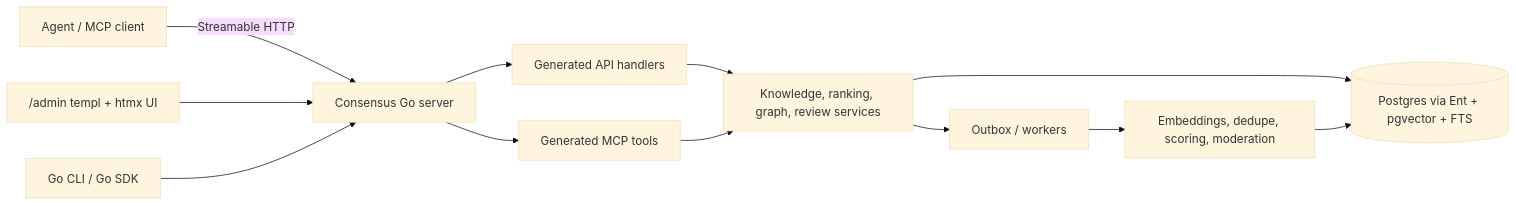
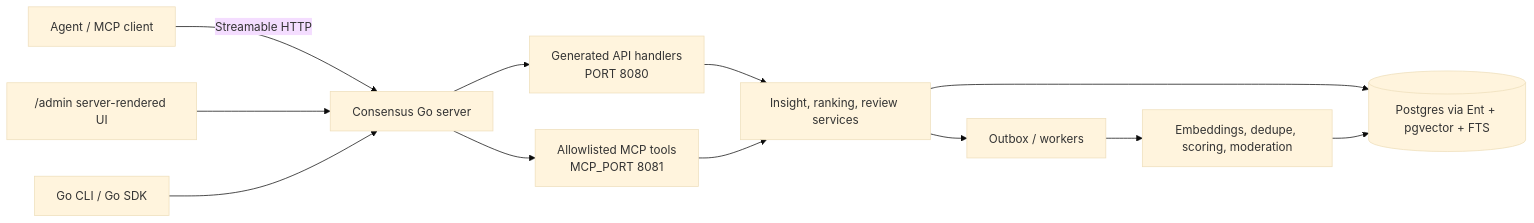
One commit to loewenthal-corp/consensus changed the second of 2 diagrams in README.md. Above: the diagram before and after it, drawn with Mermaid (base theme). The commit also changed other lines of this file and 26 other files, not shown here.

````diff
--- a/README.md
+++ b/README.md
@@ -196,14 +234,14 @@
 ```mermaid
 flowchart LR
     Agent["Agent / MCP client"] -->|Streamable HTTP| Server["Consensus Go server"]
-    Admin["/admin templ + htmx UI"] --> Server
+    Admin["/admin server-rendered UI"] --> Server
     CLI["Go CLI / Go SDK"] --> Server
-    Server --> API["Generated API handlers"]
-    Server --> MCP["Generated MCP tools"]
-    API --> Services["Knowledge, ranking, graph, review services"]
+    Server --> API["Generated API handlers<br/>PORT 8080"]
+    Server --> MCP["Allowlisted MCP tools<br/>MCP_PORT 8081"]
+    API --> Services["Insight, ranking, review services"]
     MCP --> Services
     Services --> DB[("Postgres via Ent + pgvector + FTS")]
     Services --> Queue["Outbox / workers"]
     Queue --> Workers["Embeddings, dedupe, scoring, moderation"]
     Workers --> DB
 ```
````
